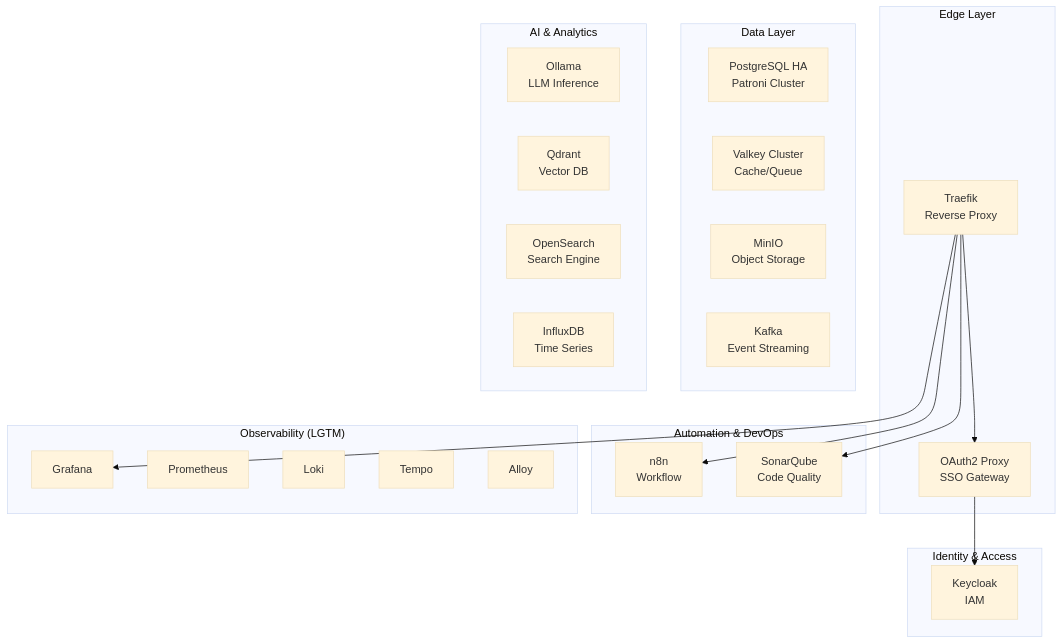
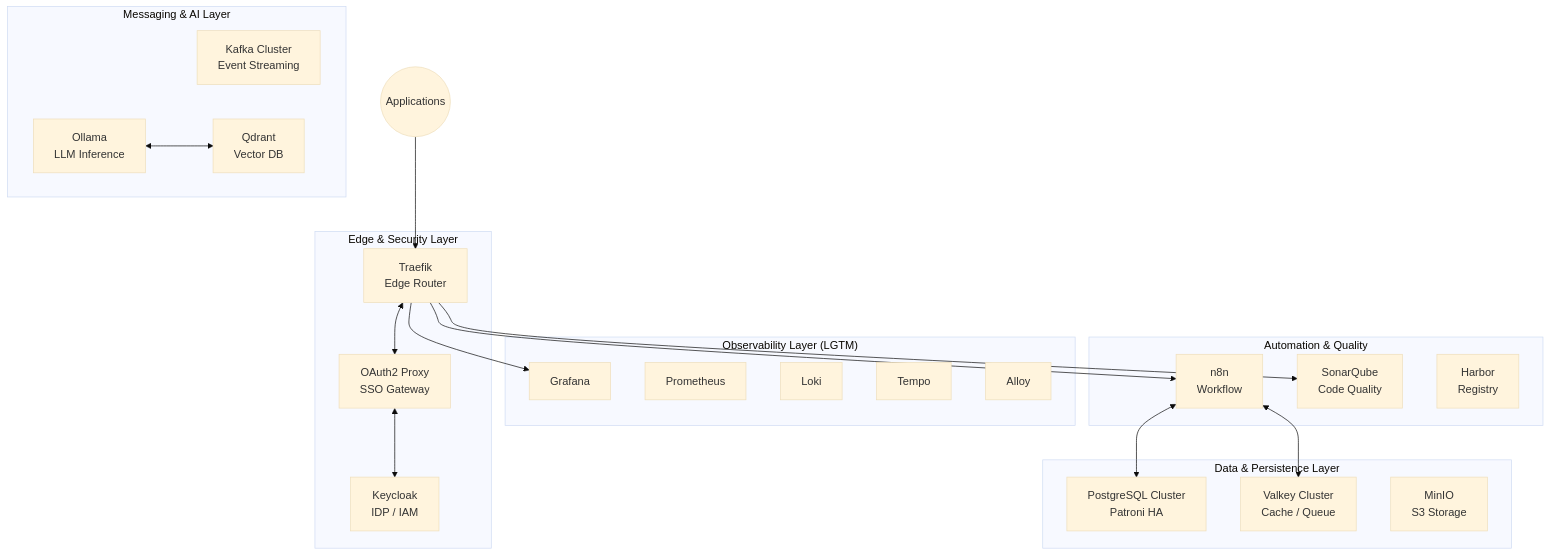
Before and after one commit to buenhyden/hy-home.docker: the diagram in Infra/README.md, drawn with Mermaid (base theme). The commit also changed other lines of this file, not shown here.

````diff
--- a/Infra/README.md
+++ b/Infra/README.md
@@ -7,43 +7,45 @@
 ```mermaid
 graph TB
-    subgraph "Edge Layer"
-        T[Traefik<br/>Reverse Proxy]
+    subgraph "Edge & Security Layer"
+        T[Traefik<br/>Edge Router]
         O[OAuth2 Proxy<br/>SSO Gateway]
+        K[Keycloak<br/>IDP / IAM]
     end
 
-    subgraph "Identity & Access"
-        K[Keycloak<br/>IAM]
+    subgraph "Data & Persistence Layer"
+        PG[PostgreSQL Cluster<br/>Patroni HA]
+        VK[Valkey Cluster<br/>Cache / Queue]
+        MN[MinIO<br/>S3 Storage]
     end
 
-    subgraph "Data Layer"
-        PG[PostgreSQL HA<br/>Patroni Cluster]
-        VK[Valkey Cluster<br/>Cache/Queue]
-        MN[MinIO<br/>Object Storage]
-        KF[Kafka<br/>Event Streaming]
+    subgraph "Messaging & AI Layer"
+        KF[Kafka Cluster<br/>Event Streaming]
+        OL[Ollama<br/>LLM Inference]
+        QD[Qdrant<br/>Vector DB]
     end
 
-    subgraph "AI & Analytics"
-        OL[Ollama<br/>LLM Inference]
-        QD[Qdrant<br/>Vector DB]
-        OS[OpenSearch<br/>Search Engine]
-        IF[InfluxDB<br/>Time Series]
-    end
-
-    subgraph "Automation & DevOps"
-        N8[n8n<br/>Workflow]
-        SQ[SonarQube<br/>Code Quality]
-    end
-
-    subgraph "Observability (LGTM)"
+    subgraph "Observability Layer (LGTM)"
         G[Grafana]
         P[Prometheus]
         L[Loki]
         TM[Tempo]
         AL[Alloy]
     end
 
-    T --> O --> K
+    subgraph "Automation & Quality"
+        N8[n8n<br/>Workflow]
+        SQ[SonarQube<br/>Code Quality]
+        HB[Harbor<br/>Registry]
+    end
+
+    T <--> O <--> K
     T --> G
     T --> N8
     T --> SQ
+    
+    N8 <--> PG
+    N8 <--> VK
+    
+    OL <--> QD
+    App((Applications)) --> T
 ```
````
